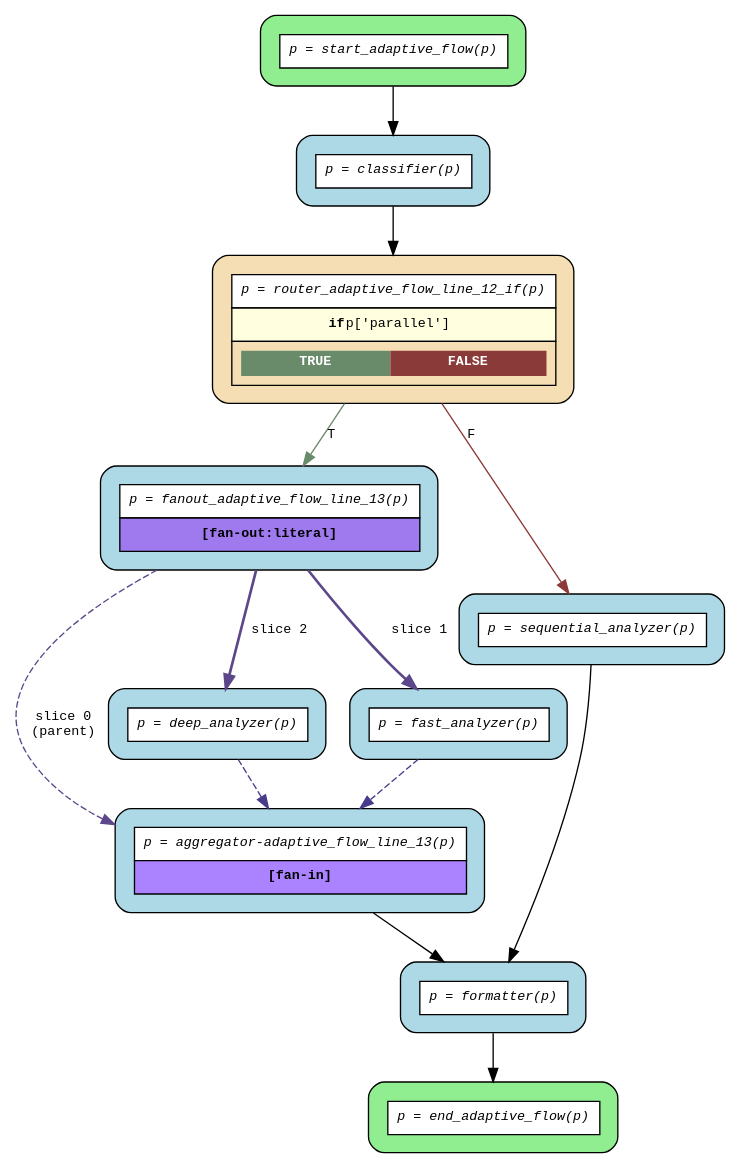
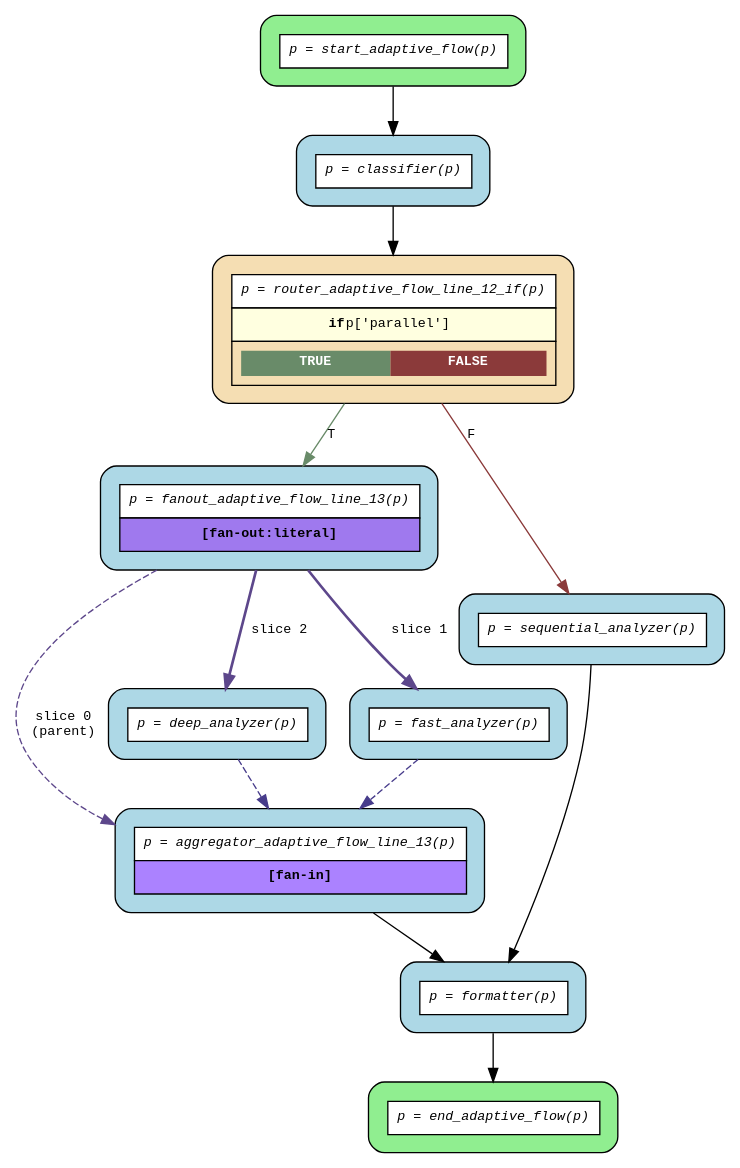
Before and after one commit to deliveryhero/asya: the diagram in examples/flows/compiled/fanout_conditional/flow.dot, drawn with Graphviz. The commit also changed 21 other files, not shown here.

```diff
--- a/examples/flows/compiled/fanout_conditional/flow.dot
+++ b/examples/flows/compiled/fanout_conditional/flow.dot
@@ -1,30 +1,30 @@
 digraph flow {
   rankdir=TB;
   graph [fontname="Courier", fontsize=10];
   node [fontname="Courier", fontsize=10, shape=box, style="filled,rounded", margin="0.2"];
   edge [fontname="Courier", fontsize=10];
 
   start_adaptive_flow [fillcolor="lightgreen", label=<<table border="0" cellspacing="0" cellpadding="6" cellborder="1"><tr><td bgcolor="white" align="center"><i>p = start_adaptive_flow(p)</i></td></tr></table>>];
   fanout_adaptive_flow_line_13 [fillcolor="lightblue", label=<<table border="0" cellspacing="0" cellpadding="6" cellborder="1"><tr><td bgcolor="white" align="center"><i>p = fanout_adaptive_flow_line_13(p)</i></td></tr><tr><td bgcolor="mediumpurple2" align="center"><b>[fan-out:literal]</b></td></tr></table>>];
   router_adaptive_flow_line_12_if [fillcolor="wheat", label=<<table border="0" cellspacing="0" cellpadding="6" cellborder="1"><tr><td bgcolor="white" align="center"><i>p = router_adaptive_flow_line_12_if(p)</i></td></tr><tr><td bgcolor="lightyellow"><b>if</b> p['parallel']</td></tr><tr><td><table border="0" cellspacing="0" cellpadding="4"><tr><td bgcolor="darkseagreen4"><font color="white"><b>TRUE</b></font></td><td bgcolor="indianred4"><font color="white"><b>FALSE</b></font></td></tr></table></td></tr></table>>];
   end_adaptive_flow [fillcolor="lightgreen", label=<<table border="0" cellspacing="0" cellpadding="6" cellborder="1"><tr><td bgcolor="white" align="center"><i>p = end_adaptive_flow(p)</i></td></tr></table>>];
-  aggregator_adaptive_flow_line_13 [fillcolor="lightblue", label=<<table border="0" cellspacing="0" cellpadding="6" cellborder="1"><tr><td bgcolor="white" align="center"><i>p = aggregator-adaptive_flow_line_13(p)</i></td></tr><tr><td bgcolor="mediumpurple1" align="center"><b>[fan-in]</b></td></tr></table>>];
+  aggregator_adaptive_flow_line_13 [fillcolor="lightblue", label=<<table border="0" cellspacing="0" cellpadding="6" cellborder="1"><tr><td bgcolor="white" align="center"><i>p = aggregator_adaptive_flow_line_13(p)</i></td></tr><tr><td bgcolor="mediumpurple1" align="center"><b>[fan-in]</b></td></tr></table>>];
   classifier [fillcolor="lightblue", label=<<table border="0" cellspacing="0" cellpadding="6" cellborder="1"><tr><td bgcolor="white" align="center"><i>p = classifier(p)</i></td></tr></table>>];
   deep_analyzer [fillcolor="lightblue", label=<<table border="0" cellspacing="0" cellpadding="6" cellborder="1"><tr><td bgcolor="white" align="center"><i>p = deep_analyzer(p)</i></td></tr></table>>];
   fast_analyzer [fillcolor="lightblue", label=<<table border="0" cellspacing="0" cellpadding="6" cellborder="1"><tr><td bgcolor="white" align="center"><i>p = fast_analyzer(p)</i></td></tr></table>>];
   formatter [fillcolor="lightblue", label=<<table border="0" cellspacing="0" cellpadding="6" cellborder="1"><tr><td bgcolor="white" align="center"><i>p = formatter(p)</i></td></tr></table>>];
   sequential_analyzer [fillcolor="lightblue", label=<<table border="0" cellspacing="0" cellpadding="6" cellborder="1"><tr><td bgcolor="white" align="center"><i>p = sequential_analyzer(p)</i></td></tr></table>>];
 
   aggregator_adaptive_flow_line_13 -> formatter;
   classifier -> router_adaptive_flow_line_12_if;
   deep_analyzer -> aggregator_adaptive_flow_line_13 [color=slateblue4, style=dashed];
   fanout_adaptive_flow_line_13 -> aggregator_adaptive_flow_line_13 [color=mediumpurple4, label="slice 0\n(parent)", style=dashed];
   fanout_adaptive_flow_line_13 -> deep_analyzer [color=mediumpurple4, label="slice 2", style=bold];
   fanout_adaptive_flow_line_13 -> fast_analyzer [color=mediumpurple4, label="slice 1", style=bold];
   fast_analyzer -> aggregator_adaptive_flow_line_13 [color=slateblue4, style=dashed];
   formatter -> end_adaptive_flow;
   router_adaptive_flow_line_12_if -> fanout_adaptive_flow_line_13 [label="T", color=darkseagreen4];
   router_adaptive_flow_line_12_if -> sequential_analyzer [label="F", color=indianred4];
   sequential_analyzer -> formatter;
   start_adaptive_flow -> classifier;
 }
```
